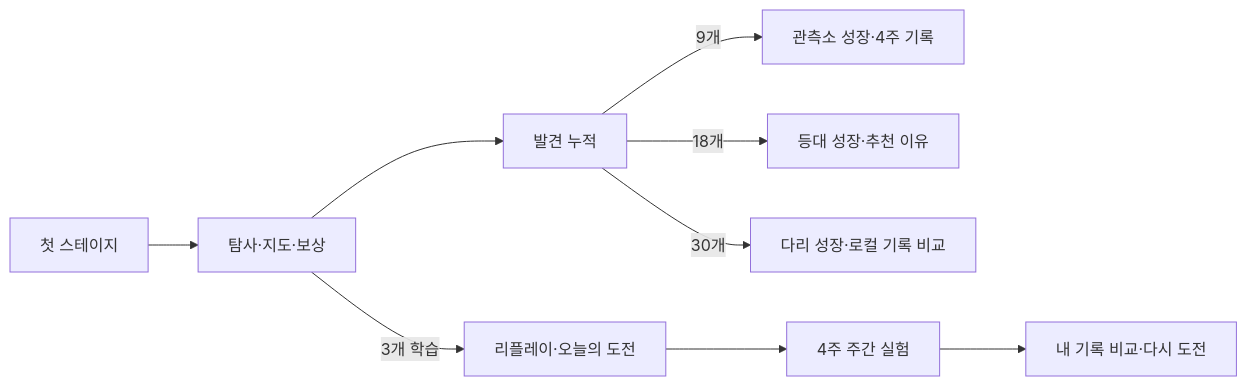
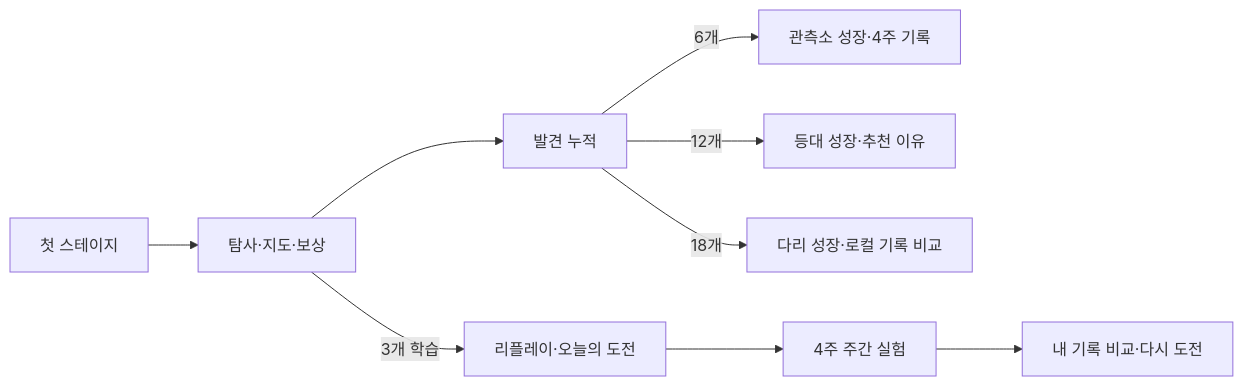
The diagram in harness_docs/design/long_term_progression_v1.md (good5229/Property_shot), drawn with Mermaid before and after one commit. The commit also changed other lines of this file and 3 other files, not shown here.

````diff
--- a/harness_docs/design/long_term_progression_v1.md
+++ b/harness_docs/design/long_term_progression_v1.md
@@ -16,11 +16,11 @@
 ```mermaid
 flowchart LR
   A[첫 스테이지] --> B[탐사·지도·보상]
   B -->|3개 학습| C[리플레이·오늘의 도전]
   B --> D[발견 누적]
-  D -->|9개| E[관측소 성장·4주 기록]
-  D -->|18개| F[등대 성장·추천 이유]
-  D -->|30개| G[다리 성장·로컬 기록 비교]
+  D -->|6개| E[관측소 성장·4주 기록]
+  D -->|12개| F[등대 성장·추천 이유]
+  D -->|18개| G[다리 성장·로컬 기록 비교]
   C --> H[4주 주간 실험]
   H --> I[내 기록 비교·다시 도전]
 ```
````
